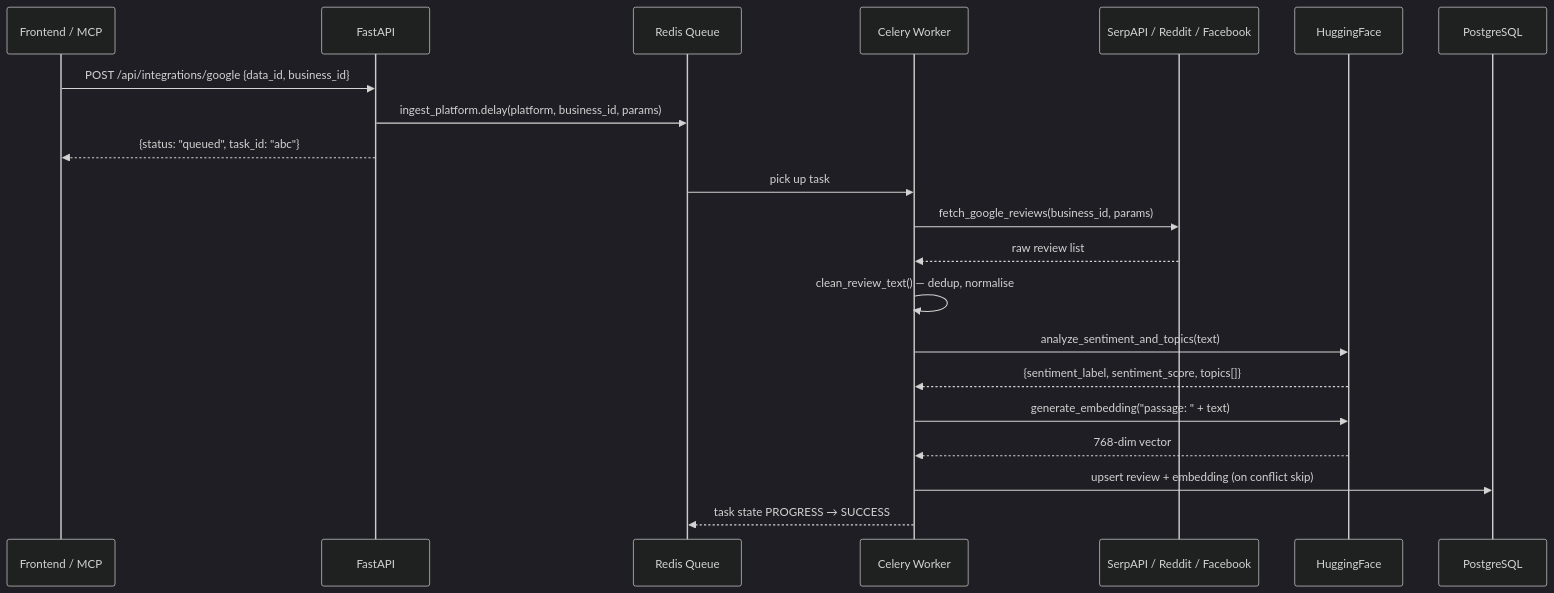
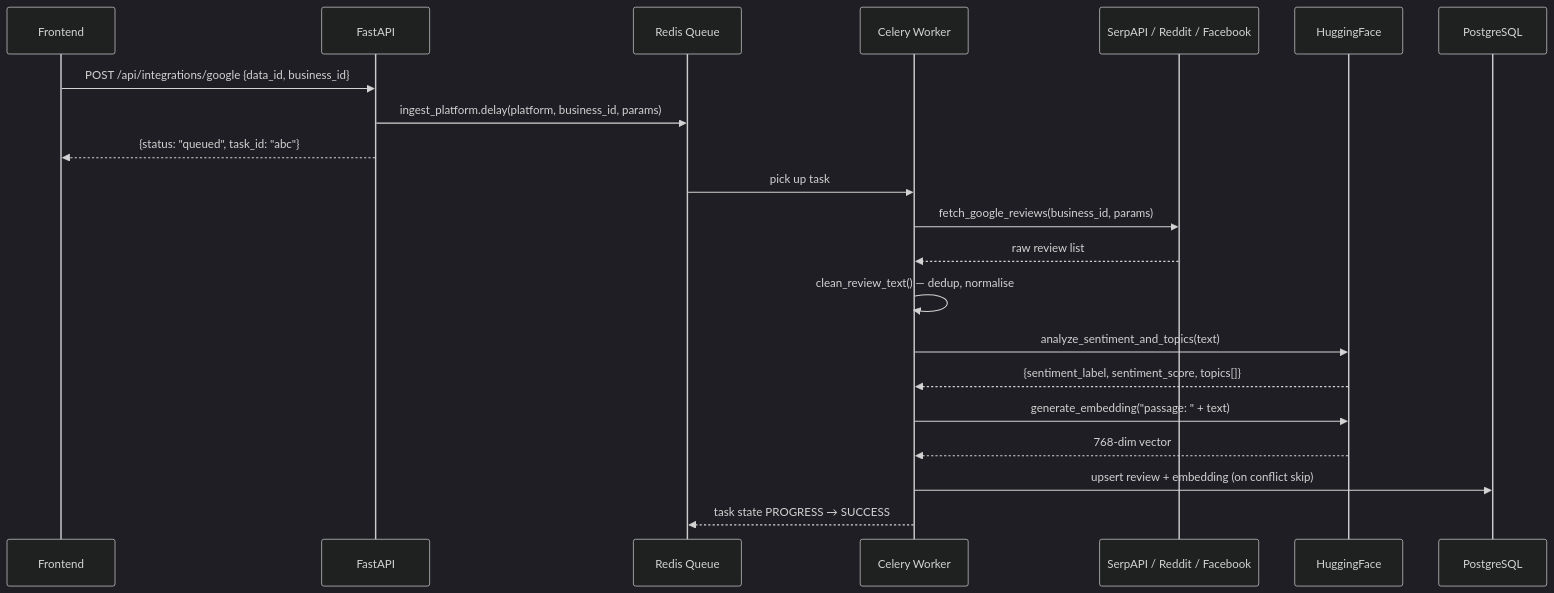
One commit to minhle35/customervoice-ai changed the third of 4 diagrams in docs/system-diagram.md. Above: the diagram before and after it, drawn with Mermaid (dark theme). The commit also changed other lines of this file and 2 other files, not shown here.

Commit message:
remove(MCP-server): remove documentation on MCP since out of scope

````diff
--- a/docs/system-diagram.md
+++ b/docs/system-diagram.md
@@ -168,25 +127,25 @@
 ```mermaid
 sequenceDiagram
-    participant UI as Frontend / MCP
+    participant UI as Frontend
     participant API as FastAPI
     participant Redis as Redis Queue
     participant Worker as Celery Worker
     participant Src as SerpAPI / Reddit / Facebook
     participant NLP as HuggingFace
     participant PG as PostgreSQL
 
     UI->>API: POST /api/integrations/google {data_id, business_id}
     API->>Redis: ingest_platform.delay(platform, business_id, params)
     API-->>UI: {status: "queued", task_id: "abc"}
 
     Redis->>Worker: pick up task
     Worker->>Src: fetch_google_reviews(business_id, params)
     Src-->>Worker: raw review list
     Worker->>Worker: clean_review_text() — dedup, normalise
     Worker->>NLP: analyze_sentiment_and_topics(text)
     NLP-->>Worker: {sentiment_label, sentiment_score, topics[]}
     Worker->>NLP: generate_embedding("passage: " + text)
     NLP-->>Worker: 768-dim vector
     Worker->>PG: upsert review + embedding (on conflict skip)
     Worker-->>Redis: task state PROGRESS → SUCCESS
 ```
````
